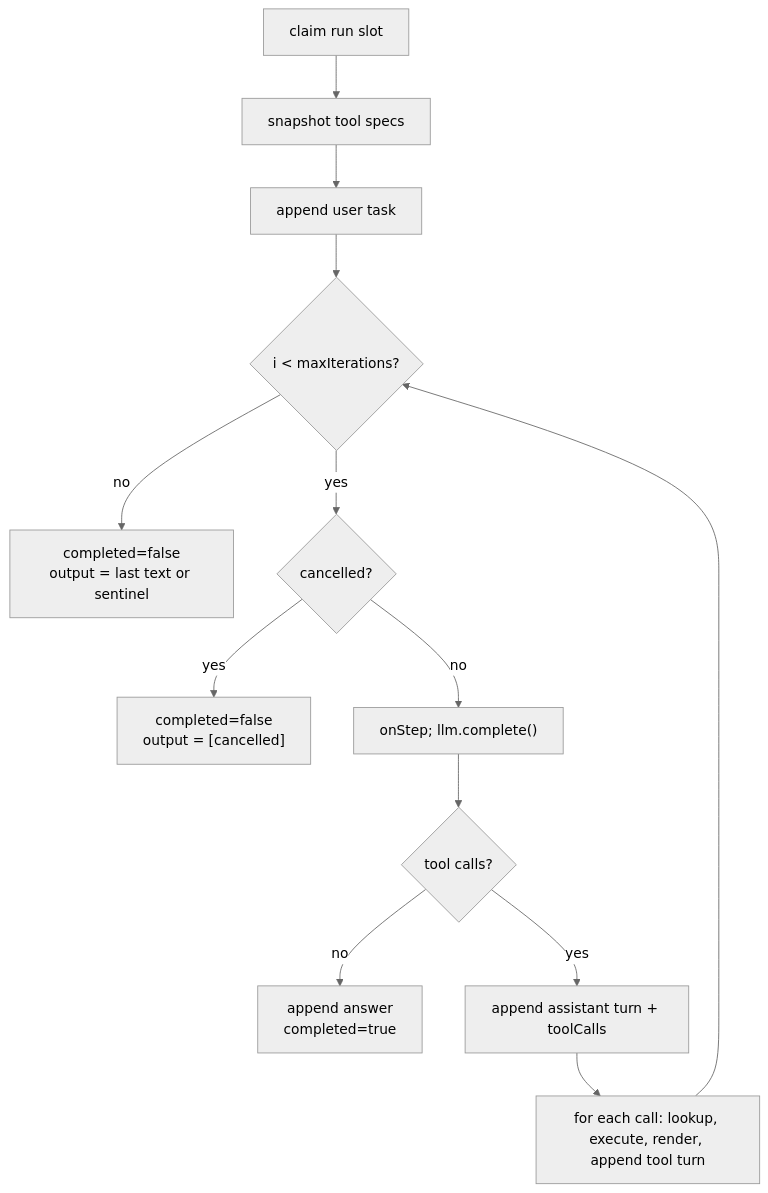
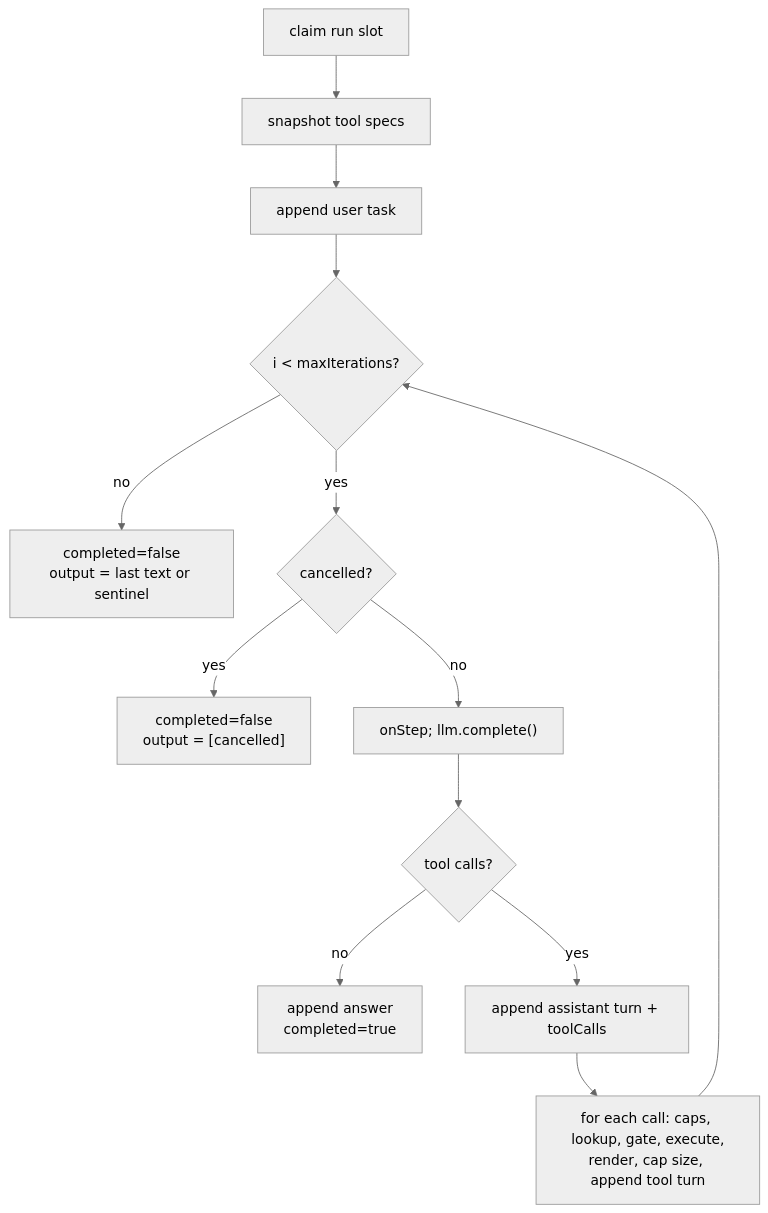
One commit to Ambar-Gupta22/corvus changed the second of 3 diagrams in docs/CODE_TOUR.md. Above: the diagram before and after it, drawn with Mermaid (neutral theme). The commit also changed other lines of this file and 12 other files, not shown here.

First line of the commit message:
feat: loop guards - tool-call caps, observation cap, tool gate (#10)

````diff
--- a/docs/CODE_TOUR.md
+++ b/docs/CODE_TOUR.md
@@ -567,15 +583,15 @@
 ```mermaid
 flowchart TD
     A[claim run slot] --> B[snapshot tool specs]
     B --> C[append user task]
     C --> D{i < maxIterations?}
     D -- no --> Z["completed=false<br/>output = last text or sentinel"]
     D -- yes --> E{cancelled?}
     E -- yes --> Y["completed=false<br/>output = [cancelled]"]
     E -- no --> F["onStep; llm.complete()"]
     F --> G{tool calls?}
     G -- no --> X["append answer<br/>completed=true"]
     G -- yes --> H[append assistant turn + toolCalls]
-    H --> I[for each call: lookup, execute, render, append tool turn]
+    H --> I["for each call: caps, lookup, gate, execute,<br/>render, cap size, append tool turn"]
     I --> D
 ```
````
